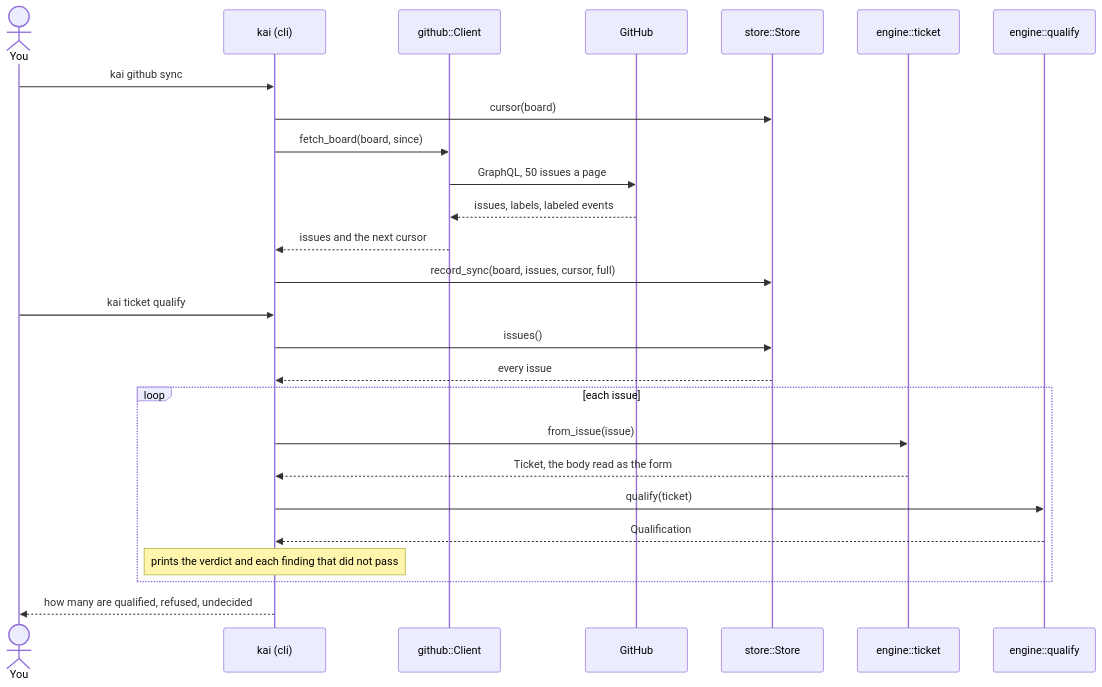
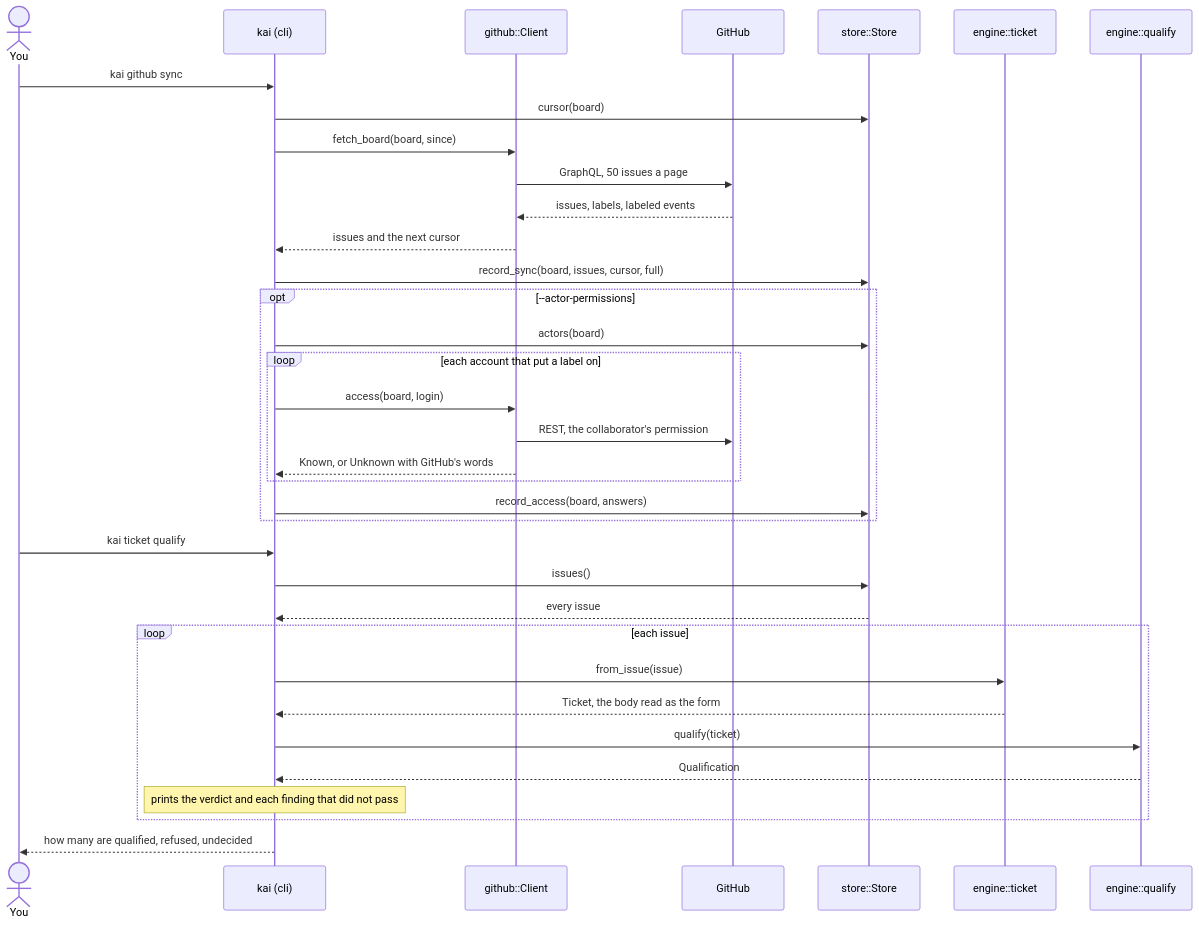
The fourth of 4 diagrams in docs/qualify.md (KombuseLabs/kai), drawn with Mermaid before and after one commit. The commit also changed other lines of this file and 13 other files, not shown here.

First line of the commit message:
github, store: the access of each label actor, the trust gate's data

````diff
--- a/docs/qualify.md
+++ b/docs/qualify.md
@@ -185,32 +188,41 @@
 ```mermaid
 %% checked against crates/store, crates/github, crates/engine
-%% drawn from cli::cmd::github::sync#96be4668, cli::cmd::ticket::print_qualify#bfc62412
+%% drawn from cli::cmd::github::sync#1465a1e2, cli::cmd::ticket::print_qualify#bfc62412
 sequenceDiagram
     actor You
     participant cli as kai (cli)
     participant gh as github::Client
     participant GitHub
     participant store as store::Store
     participant ticket as engine::ticket
     participant engine as engine::qualify
 
     You->>cli: kai github sync
     cli->>store: cursor(board)
     cli->>gh: fetch_board(board, since)
     gh->>GitHub: GraphQL, 50 issues a page
     GitHub-->>gh: issues, labels, labeled events
     gh-->>cli: issues and the next cursor
     cli->>store: record_sync(board, issues, cursor, full)
+    opt --actor-permissions
+        cli->>store: actors(board)
+        loop each account that put a label on
+            cli->>gh: access(board, login)
+            gh->>GitHub: REST, the collaborator's permission
+            gh-->>cli: Known, or Unknown with GitHub's words
+        end
+        cli->>store: record_access(board, answers)
+    end
 
     You->>cli: kai ticket qualify
     cli->>store: issues()
     store-->>cli: every issue
     loop each issue
         cli->>ticket: from_issue(issue)
         ticket-->>cli: Ticket, the body read as the form
         cli->>engine: qualify(ticket)
         engine-->>cli: Qualification
         Note over cli: prints the verdict and each finding that did not pass
     end
     cli-->>You: how many are qualified, refused, undecided
 ```
````
